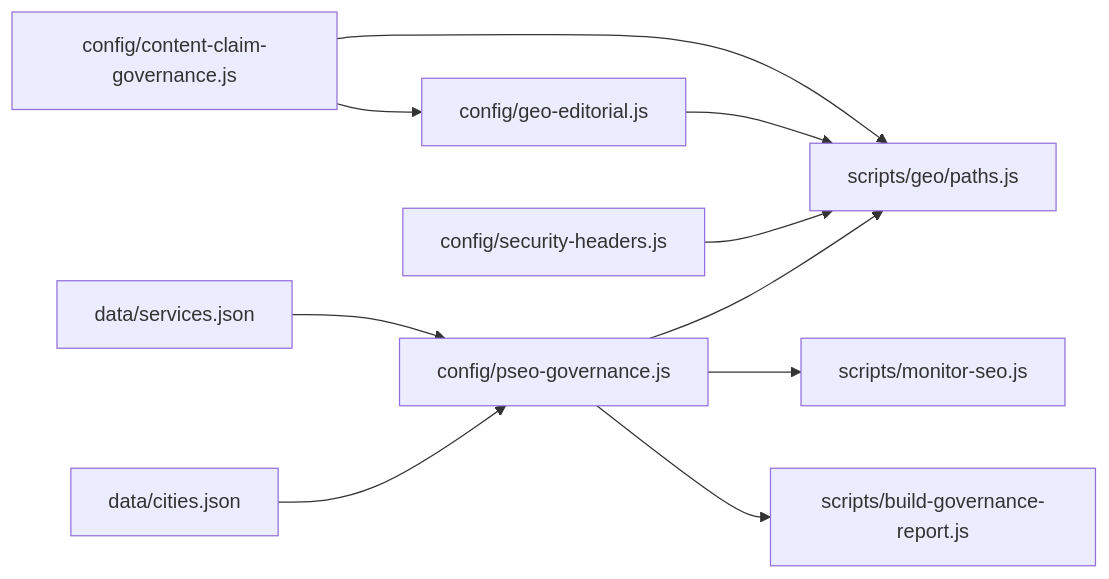
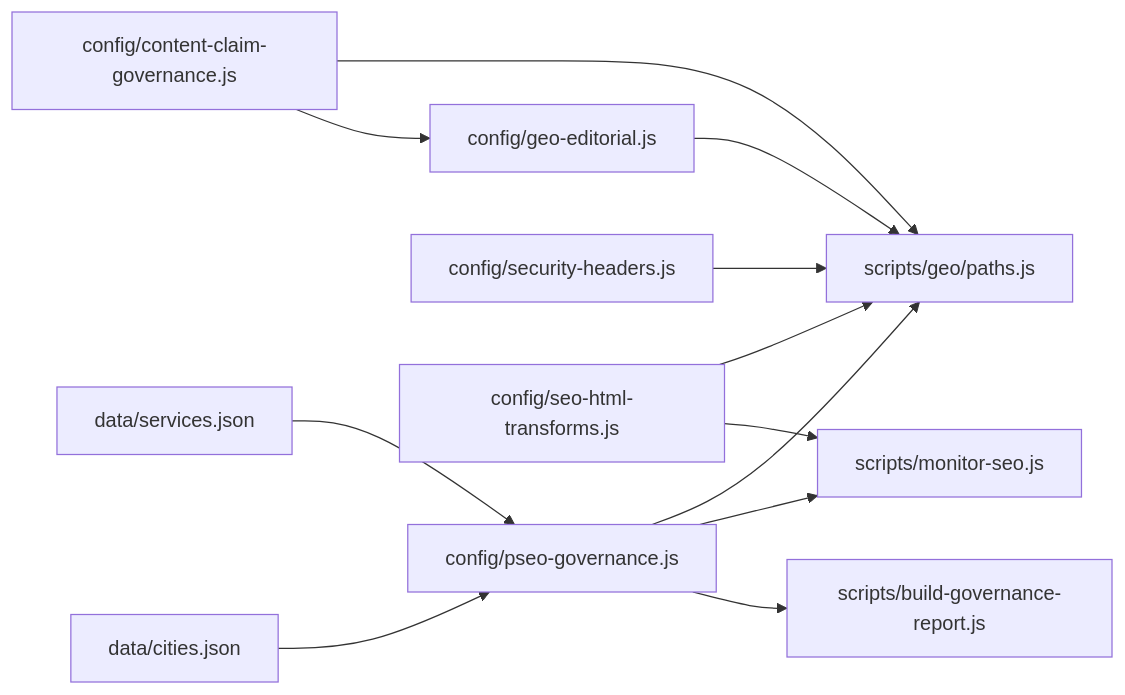
The sixth of 6 diagrams in .qoder/repowiki/en/content/Security Implementation/SEO Governance & Content Security.md (Massimilianociconte/WebNovis), drawn with Mermaid before and after one commit. The commit also changed other lines of this file and 1261 other files, not shown here.

````diff
--- a/.qoder/repowiki/en/content/Security Implementation/SEO Governance & Content Security.md
+++ b/.qoder/repowiki/en/content/Security Implementation/SEO Governance & Content Security.md
@@ -309,12 +379,14 @@
 ```mermaid
 graph LR
 Services["data/services.json"] --> Governance["config/pseo-governance.js"]
 Cities["data/cities.json"] --> Governance
 Governance --> Paths["scripts/geo/paths.js"]
 Governance --> Monitor["scripts/monitor-seo.js"]
 Governance --> Report["scripts/build-governance-report.js"]
 Editorial["config/geo-editorial.js"] --> Paths
 Claims["config/content-claim-governance.js"] --> Paths
 Claims --> Editorial
 Security["config/security-headers.js"] --> Paths
+Transforms["config/seo-html-transforms.js"] --> Paths
+Transforms --> Monitor
 ```
````
